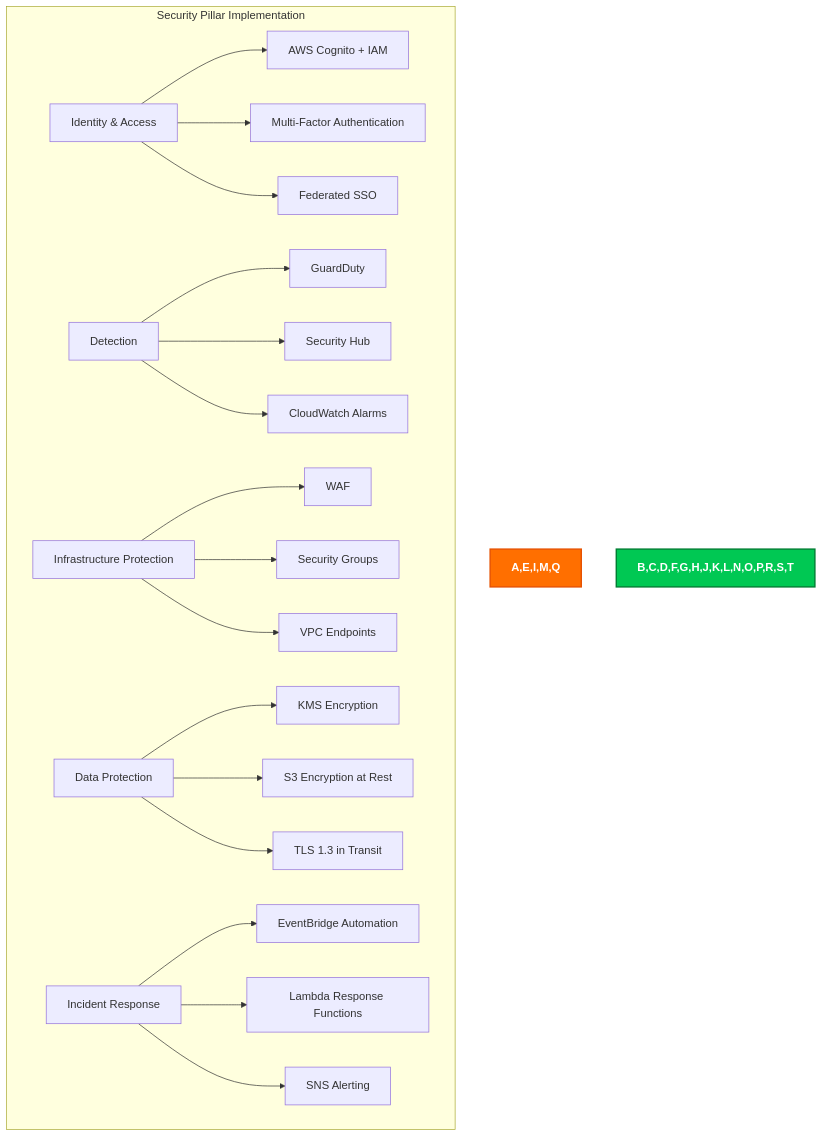
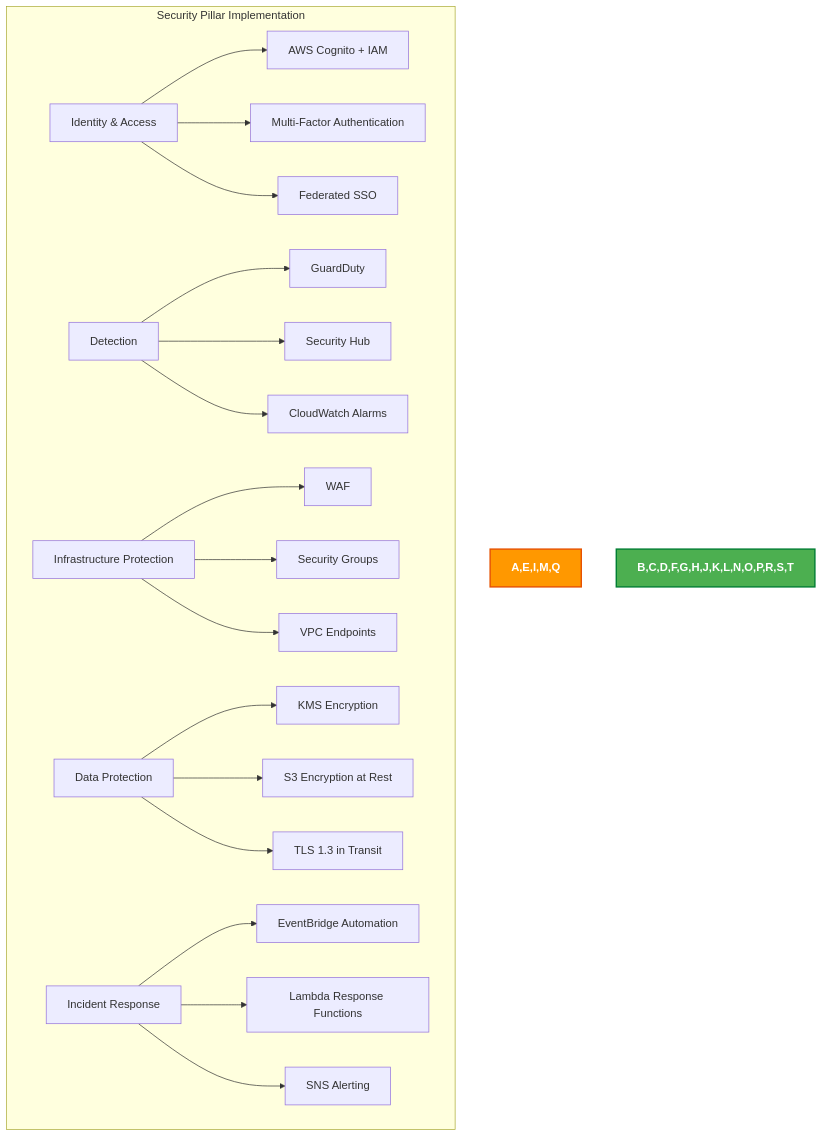
The third of 11 diagrams in docs/architecture/FUTURE_ARCHITECTURE.md (step-security-bot/cia-compliance-manager), drawn with Mermaid before and after one commit. The commit also changed other lines of this file and 27 other files, not shown here.

First line of the commit message:
fix: resolve broken mermaid diagrams and improve color coding to match ISMS style guide (#1106)

````diff
--- a/docs/architecture/FUTURE_ARCHITECTURE.md
+++ b/docs/architecture/FUTURE_ARCHITECTURE.md
@@ -302,27 +302,27 @@
 ```mermaid
 flowchart TD
     subgraph "Security Pillar Implementation"
         A[Identity & Access] --> B[AWS Cognito + IAM]
         A --> C[Multi-Factor Authentication]
         A --> D[Federated SSO]
         
         E[Detection] --> F[GuardDuty]
         E --> G[Security Hub]
         E --> H[CloudWatch Alarms]
         
         I[Infrastructure Protection] --> J[WAF]
         I --> K[Security Groups]
         I --> L[VPC Endpoints]
         
         M[Data Protection] --> N[KMS Encryption]
         M --> O[S3 Encryption at Rest]
         M --> P[TLS 1.3 in Transit]
         
         Q[Incident Response] --> R[EventBridge Automation]
         Q --> S[Lambda Response Functions]
         Q --> T[SNS Alerting]
     end
 
-    style A,E,I,M,Q fill:#FF6F00,stroke:#E65100,stroke-width:2px,color:white,font-weight:bold
-    style B,C,D,F,G,H,J,K,L,N,O,P,R,S,T fill:#00C853,stroke:#007E33,stroke-width:2px,color:white,font-weight:bold
+    style A,E,I,M,Q fill:#FF9800,stroke:#E65100,stroke-width:2px,color:white,font-weight:bold
+    style B,C,D,F,G,H,J,K,L,N,O,P,R,S,T fill:#4CAF50,stroke:#007E33,stroke-width:2px,color:white,font-weight:bold
 ```
````
